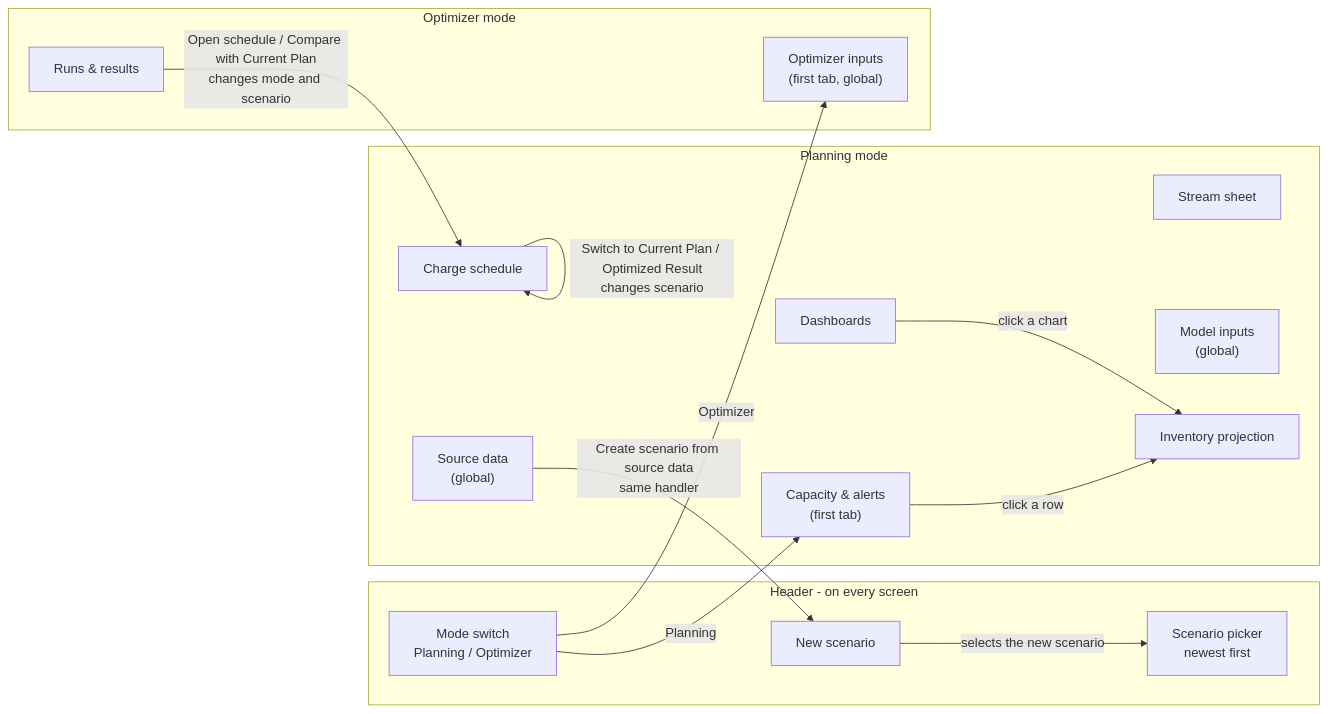
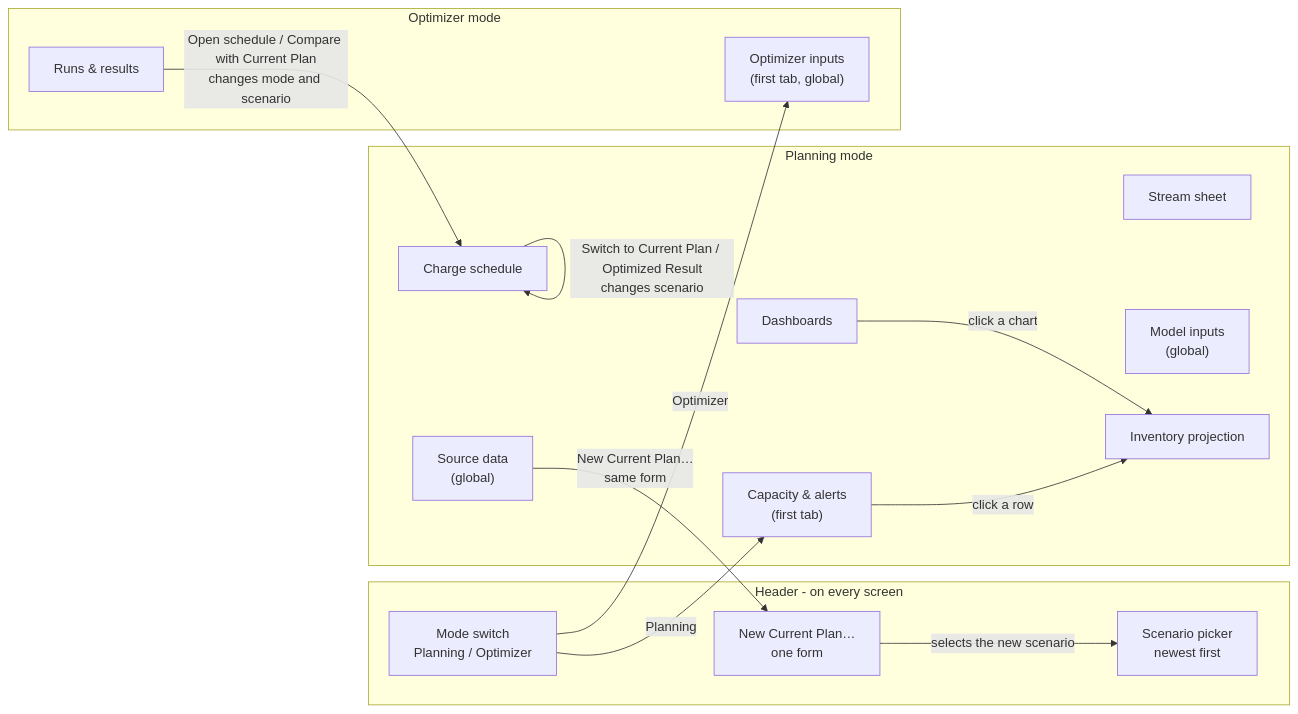
The first of 2 diagrams in .claude/skills/ui-ux-audit/ui-flow.md (Mspagnolo27248/mip-solver-python), drawn with Mermaid before and after one commit. The commit also changed other lines of this file and 7 other files, not shown here.

First line of the commit message:
Make a Current Plan from one form that asks the date, and says what it copies

````diff
--- a/.claude/skills/ui-ux-audit/ui-flow.md
+++ b/.claude/skills/ui-ux-audit/ui-flow.md
@@ -64,32 +64,32 @@
 ```mermaid
 flowchart LR
   subgraph Header["Header - on every screen"]
     MODE["Mode switch<br/>Planning / Optimizer"]
     PICK["Scenario picker<br/>newest first"]
-    NEW["New scenario"]
+    NEW["New Current Plan…<br/>one form"]
   end
 
   subgraph P["Planning mode"]
     ALERTS["Capacity & alerts<br/>(first tab)"]
     DASH["Dashboards"]
     STREAM["Stream sheet"]
     PROJ["Inventory projection"]
     SCHED["Charge schedule"]
     FEEDS["Source data<br/>(global)"]
     REF["Model inputs<br/>(global)"]
   end
 
   subgraph O["Optimizer mode"]
     PARAMS["Optimizer inputs<br/>(first tab, global)"]
     RUNS["Runs & results"]
   end
 
   MODE -- "Planning" --> ALERTS
   MODE -- "Optimizer" --> PARAMS
   ALERTS -- "click a row" --> PROJ
   DASH -- "click a chart" --> PROJ
   RUNS -- "Open schedule / Compare with Current Plan<br/>changes mode and scenario" --> SCHED
   SCHED -- "Switch to Current Plan / Optimized Result<br/>changes scenario" --> SCHED
-  FEEDS -- "Create scenario from source data<br/>same handler" --> NEW
+  FEEDS -- "New Current Plan…<br/>same form" --> NEW
   NEW -- "selects the new scenario" --> PICK
 ```
````
